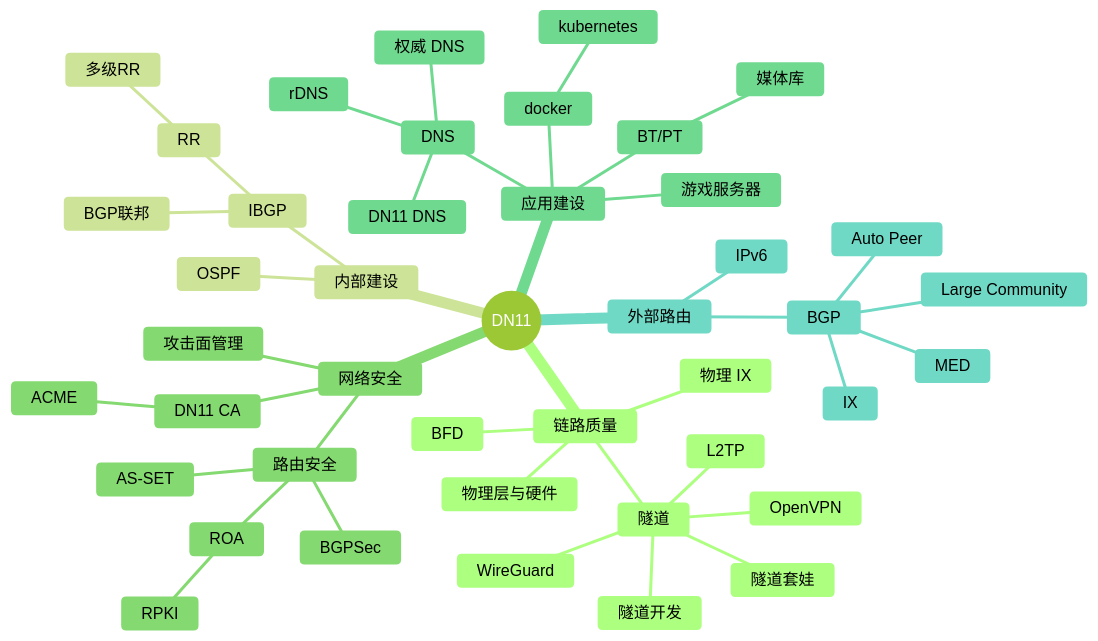
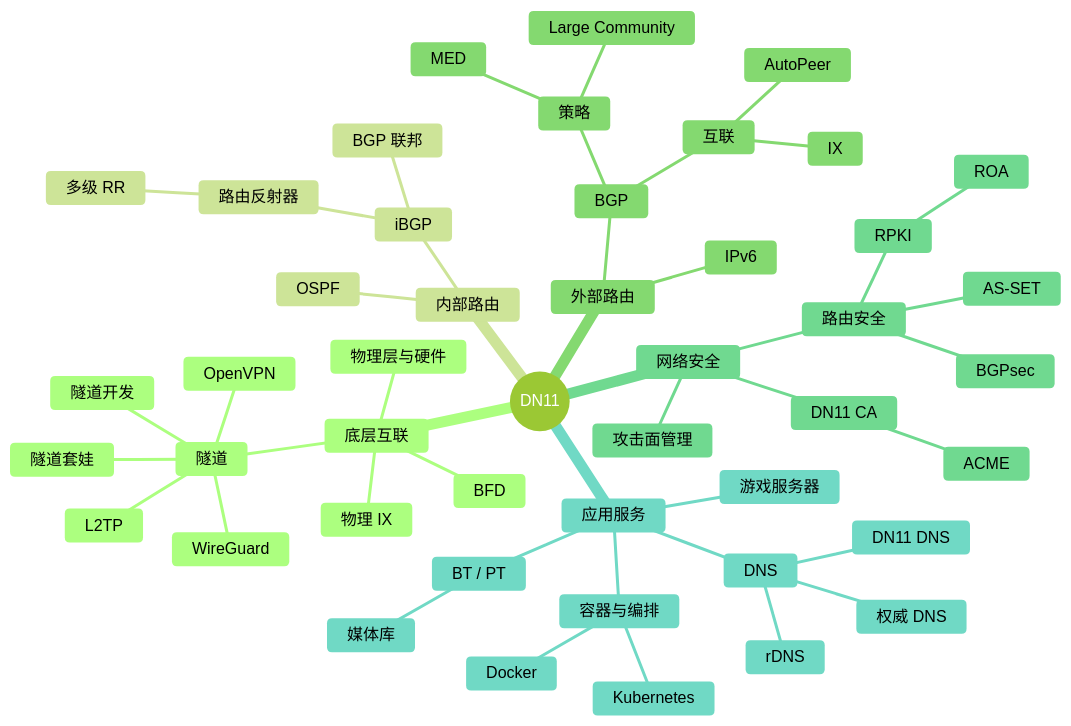
Before and after one commit to dn-11/dn11-wiki: the diagram in docs/introduce/start.md, drawn with Mermaid (forest theme). The commit also changed other lines of this file, not shown here.

Commit message:
feat: update start

````diff
--- a/docs/introduce/start.md
+++ b/docs/introduce/start.md
@@ -23,46 +27,49 @@
 ```mermaid
 mindmap
     root((DN11))
-        链路质量
+        底层互联
             隧道
                 WireGuard
                 OpenVPN
                 L2TP
                 隧道套娃
                 隧道开发
             BFD
             物理层与硬件
             物理 IX
-        内部建设
+        内部路由
             OSPF
-            IBGP
-                RR
-                    多级RR
-                BGP联邦
+            iBGP
+                路由反射器
+                    多级 RR
+                BGP 联邦
+        外部路由
+            BGP
+                策略
+                    Large Community
+                    MED
+                互联
+                    AutoPeer
+                    IX
+            IPv6
         网络安全
             路由安全
-                ROA
-                    RPKI
+                RPKI
+                    ROA
                 AS-SET
-                BGPSec
+                BGPsec
             攻击面管理
             DN11 CA
                 ACME
-        应用建设
+        应用服务
             DNS
                 DN11 DNS
                 权威 DNS
                 rDNS
-            docker
-                kubernetes
-            BT/PT
+            容器与编排
+                Docker
+                Kubernetes
+            BT / PT
                 媒体库
             游戏服务器
-        外部路由
-            BGP
-                Large Community
-                MED
-                Auto Peer
-                IX
-            IPv6
 ```
````
